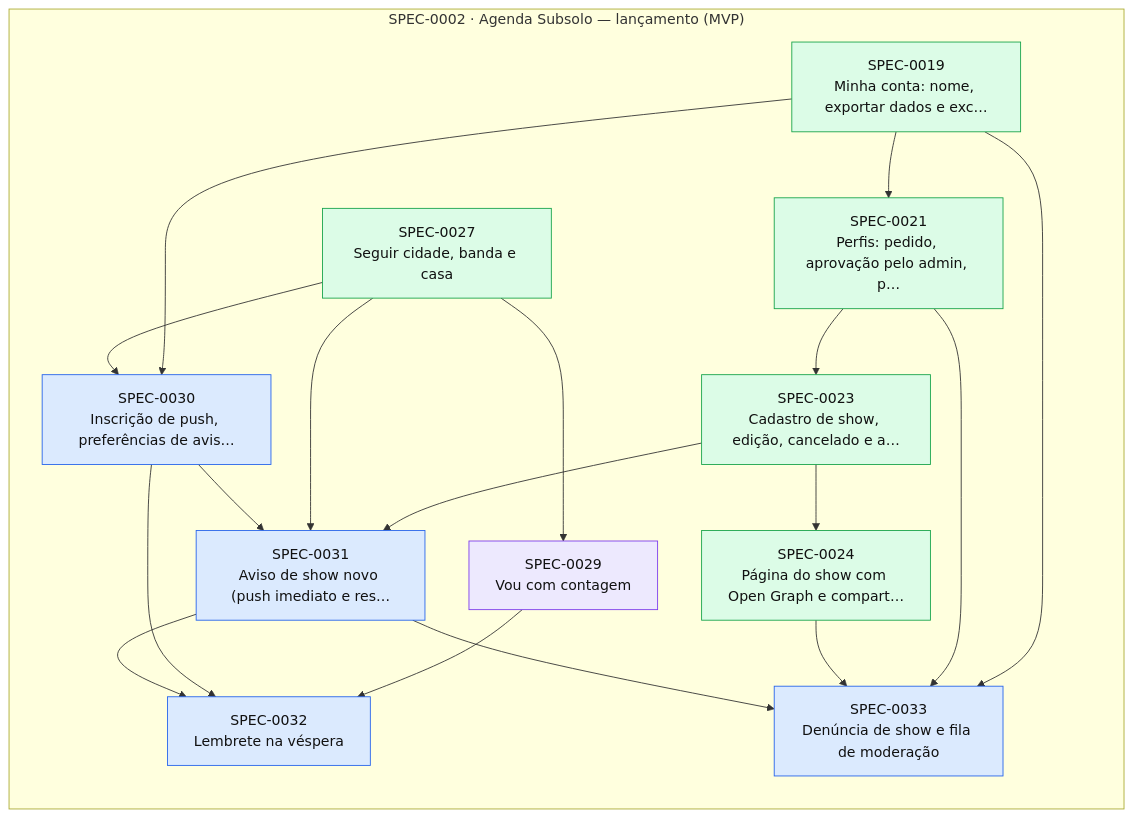
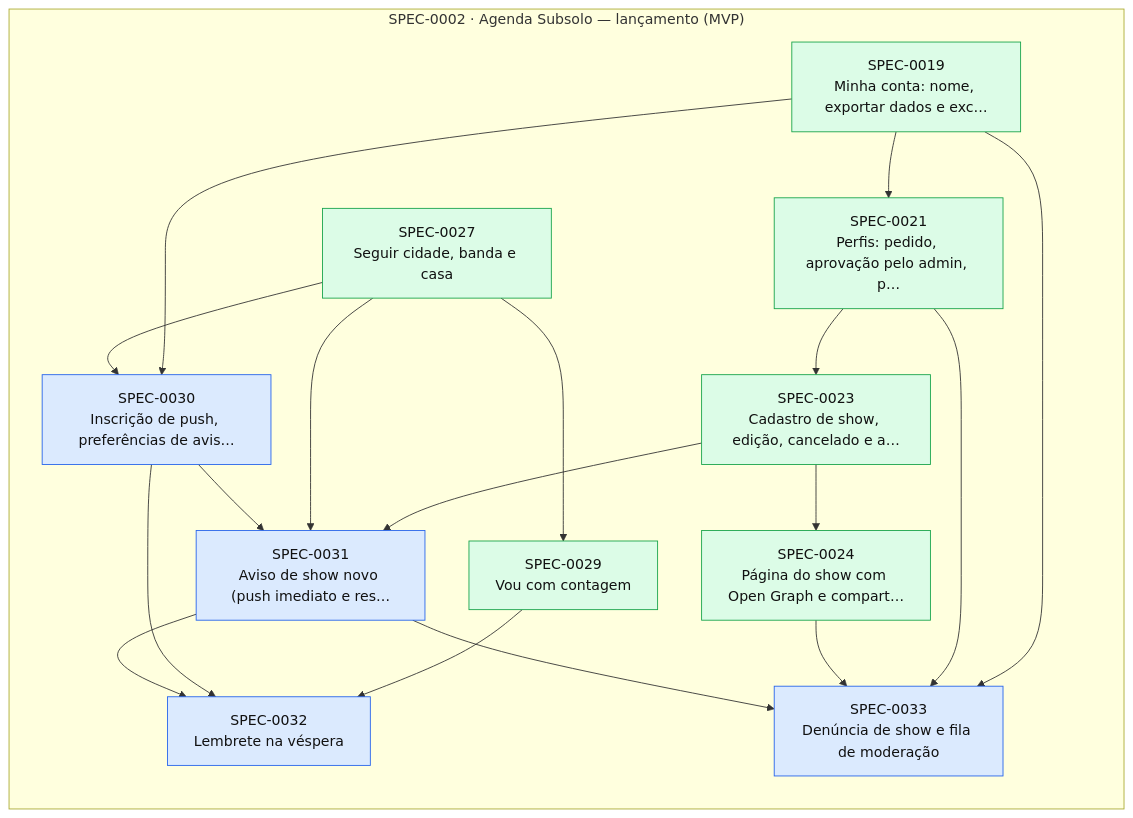
The diagram in docs/specs/INDEX.md (thomasravache/subsolo), drawn with Mermaid before and after one commit. The commit also changed other lines of this file and 3 other files, not shown here.

````diff
--- a/docs/specs/INDEX.md
+++ b/docs/specs/INDEX.md
@@ -70,36 +69,36 @@
 ```mermaid
 flowchart LR
   subgraph E0002["SPEC-0002 · Agenda Subsolo — lançamento (MVP)"]
     S0019["SPEC-0019<br/>Minha conta: nome, exportar dados e exc…"]:::implemented
     S0021["SPEC-0021<br/>Perfis: pedido, aprovação pelo admin, p…"]:::implemented
     S0023["SPEC-0023<br/>Cadastro de show, edição, cancelado e a…"]:::implemented
     S0024["SPEC-0024<br/>Página do show com Open Graph e compart…"]:::implemented
     S0027["SPEC-0027<br/>Seguir cidade, banda e casa"]:::implemented
-    S0029["SPEC-0029<br/>Vou com contagem"]:::inprogress
+    S0029["SPEC-0029<br/>Vou com contagem"]:::implemented
     S0030["SPEC-0030<br/>Inscrição de push, preferências de avis…"]:::approved
     S0031["SPEC-0031<br/>Aviso de show novo (push imediato e res…"]:::approved
     S0032["SPEC-0032<br/>Lembrete na véspera"]:::approved
     S0033["SPEC-0033<br/>Denúncia de show e fila de moderação"]:::approved
   end
   S0019 --> S0021
   S0021 --> S0023
   S0023 --> S0024
   S0027 --> S0029
   S0019 --> S0030
   S0027 --> S0030
   S0023 --> S0031
   S0027 --> S0031
   S0030 --> S0031
   S0029 --> S0032
   S0030 --> S0032
   S0031 --> S0032
   S0019 --> S0033
   S0021 --> S0033
   S0024 --> S0033
   S0031 --> S0033
   classDef proposed fill:#fef3c7,stroke:#d97706,color:#111
   classDef approved fill:#dbeafe,stroke:#2563eb,color:#111
   classDef inprogress fill:#ede9fe,stroke:#7c3aed,color:#111
   classDef implemented fill:#dcfce7,stroke:#16a34a,color:#111
   classDef deprecated fill:#f3f4f6,stroke:#9ca3af,color:#6b7280
 ```
````
